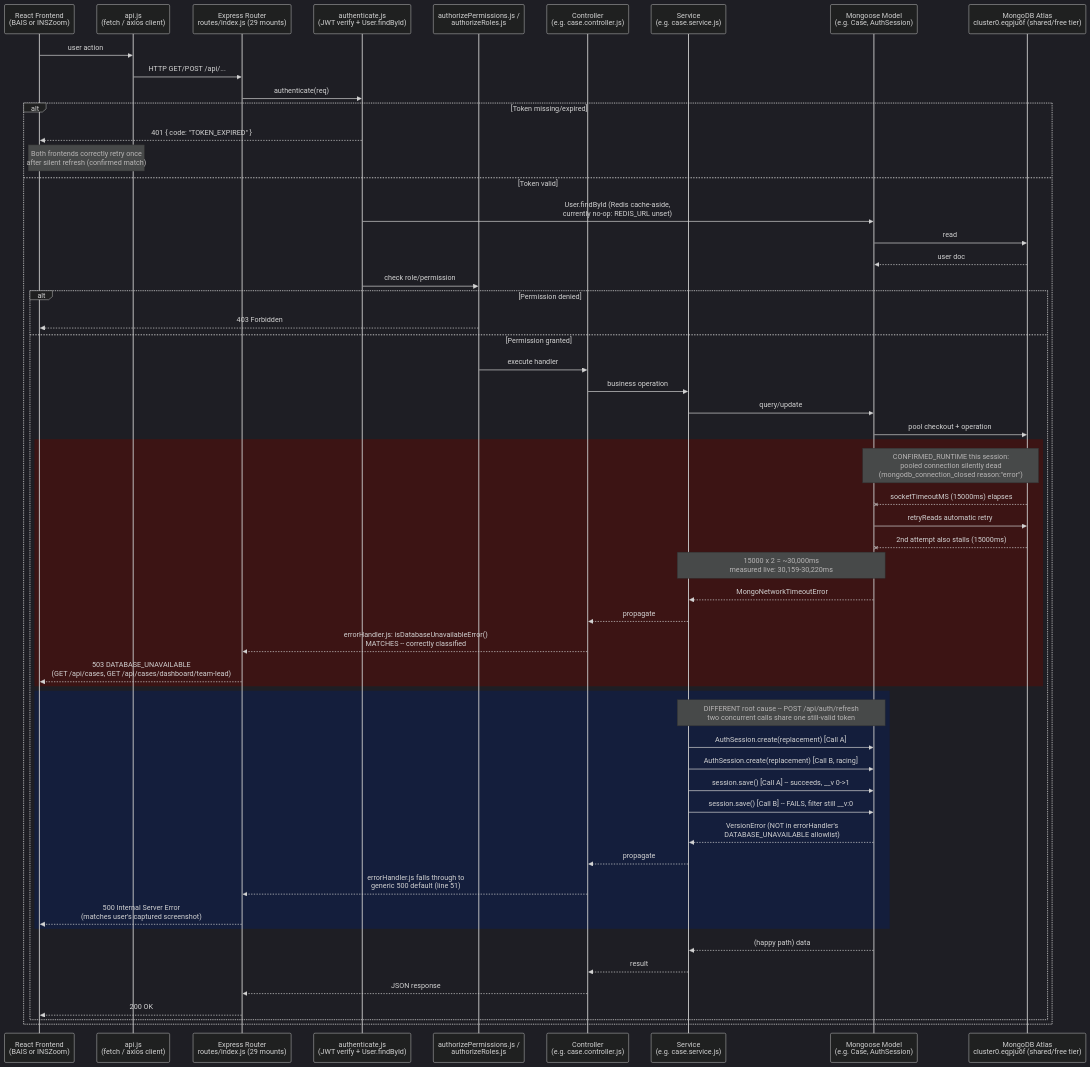
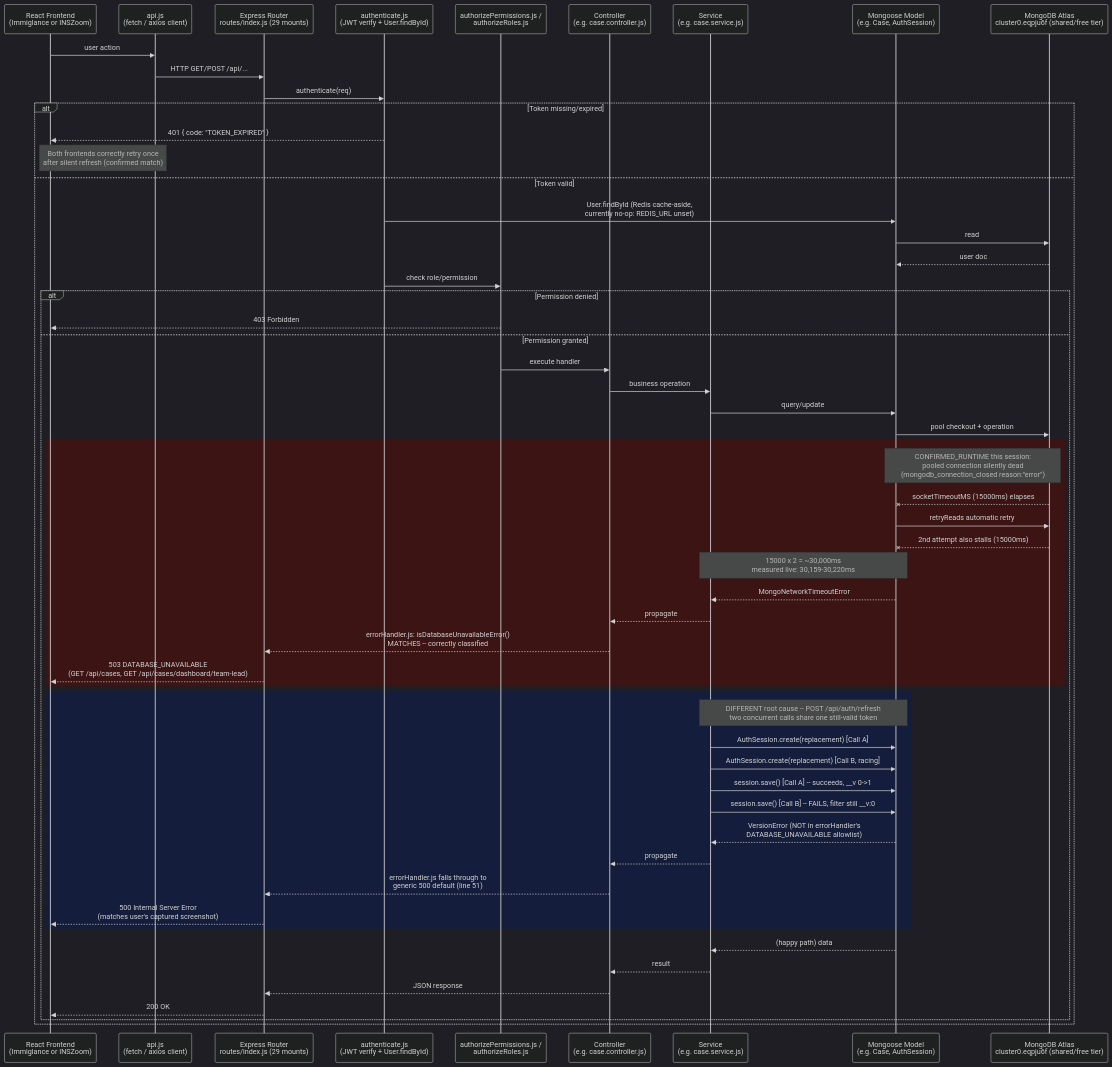
Before and after one commit to Embtel-Solutions-India/INSZoom: the diagram in docs/architecture/request-lifecycle.mmd, drawn with Mermaid. The commit also changed 317 other files, not shown here.

```diff
--- a/docs/architecture/request-lifecycle.mmd
+++ b/docs/architecture/request-lifecycle.mmd
@@ -1,65 +1,65 @@
 %%{init: {'theme':'dark'}}%%
 %% Generic authenticated-request lifecycle, grounded in real middleware/controller/service names,
 %% with the two CONFIRMED live failure modes (Cases 503, auth-refresh 500) shown as concrete branches
 %% off the same generic path -- not hypothetical, both reproduced this session.
 sequenceDiagram
-    participant FE as React Frontend<br/>(BAIS or INSZoom)
+    participant FE as React Frontend<br/>(Immiglance or INSZoom)
     participant API as api.js<br/>(fetch / axios client)
     participant RTR as Express Router<br/>routes/index.js (29 mounts)
     participant AUTH as authenticate.js<br/>(JWT verify + User.findById)
     participant RBAC as authorizePermissions.js /<br/>authorizeRoles.js
     participant CTRL as Controller<br/>(e.g. case.controller.js)
     participant SVC as Service<br/>(e.g. case.service.js)
     participant MDL as Mongoose Model<br/>(e.g. Case, AuthSession)
     participant DB as MongoDB Atlas<br/>cluster0.eqpju6f (shared/free tier)
 
     FE->>API: user action
     API->>RTR: HTTP GET/POST /api/...
     RTR->>AUTH: authenticate(req)
 
     alt Token missing/expired
         AUTH-->>FE: 401 { code: "TOKEN_EXPIRED" }
         Note over FE,API: Both frontends correctly retry once<br/>after silent refresh (confirmed match)
     else Token valid
         AUTH->>MDL: User.findById (Redis cache-aside,<br/>currently no-op: REDIS_URL unset)
         MDL->>DB: read
         DB-->>MDL: user doc
         AUTH->>RBAC: check role/permission
         alt Permission denied
             RBAC-->>FE: 403 Forbidden
         else Permission granted
             RBAC->>CTRL: execute handler
             CTRL->>SVC: business operation
             SVC->>MDL: query/update
             MDL->>DB: pool checkout + operation
 
             rect rgb(60, 20, 20)
             Note over MDL,DB: CONFIRMED_RUNTIME this session:<br/>pooled connection silently dead<br/>(mongodb_connection_closed reason:"error")
             DB--xMDL: socketTimeoutMS (15000ms) elapses
             MDL->>DB: retryReads automatic retry
             DB--xMDL: 2nd attempt also stalls (15000ms)
             Note over MDL,SVC: 15000 x 2 = ~30,000ms<br/>measured live: 30,159-30,220ms
             MDL-->>SVC: MongoNetworkTimeoutError
             SVC-->>CTRL: propagate
             CTRL-->>RTR: errorHandler.js: isDatabaseUnavailableError()<br/>MATCHES -- correctly classified
             RTR-->>FE: 503 DATABASE_UNAVAILABLE<br/>(GET /api/cases, GET /api/cases/dashboard/team-lead)
             end
 
             rect rgb(20, 30, 60)
             Note over SVC,MDL: DIFFERENT root cause -- POST /api/auth/refresh<br/>two concurrent calls share one still-valid token
             SVC->>MDL: AuthSession.create(replacement) [Call A]
             SVC->>MDL: AuthSession.create(replacement) [Call B, racing]
             SVC->>MDL: session.save() [Call A] -- succeeds, __v 0->1
             SVC->>MDL: session.save() [Call B] -- FAILS, filter still __v:0
             MDL-->>SVC: VersionError (NOT in errorHandler's<br/>DATABASE_UNAVAILABLE allowlist)
             SVC-->>CTRL: propagate
             CTRL-->>RTR: errorHandler.js falls through to<br/>generic 500 default (line 51)
             RTR-->>FE: 500 Internal Server Error<br/>(matches user's captured screenshot)
             end
 
             MDL-->>SVC: (happy path) data
             SVC-->>CTRL: result
             CTRL-->>RTR: JSON response
             RTR-->>FE: 200 OK
         end
     end
```
